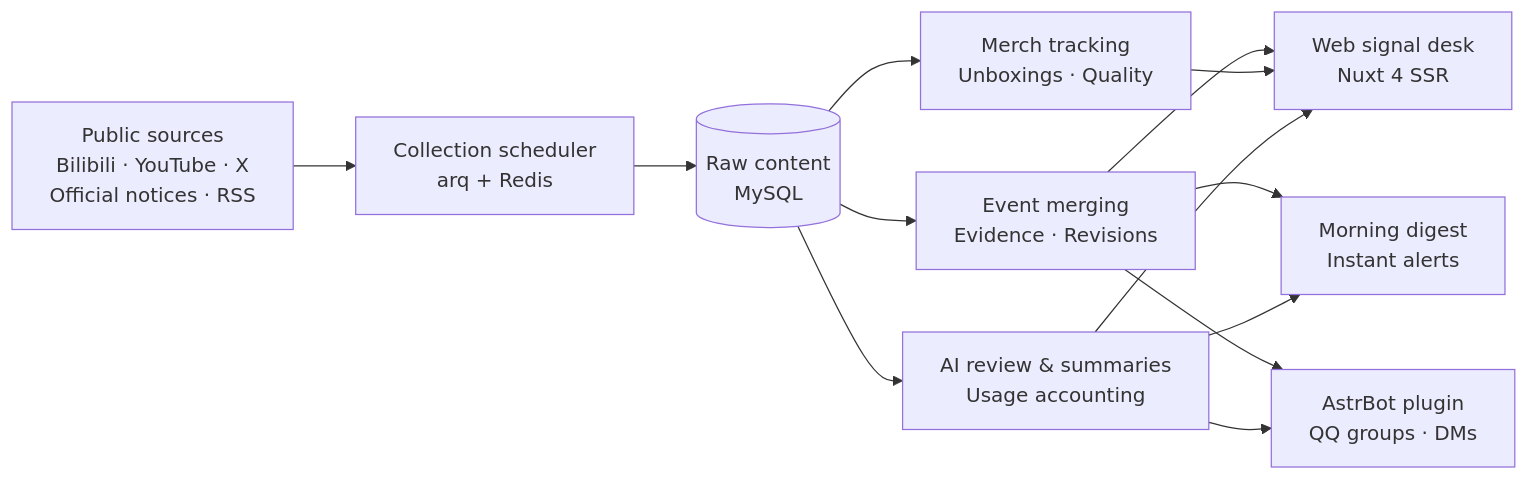
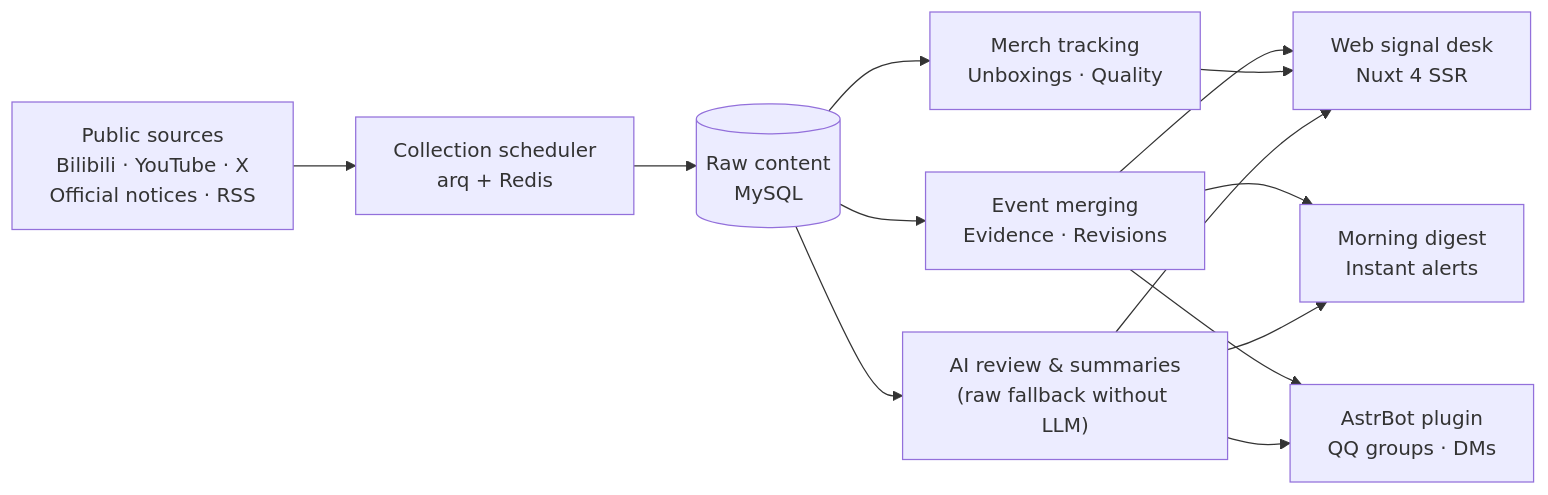
The diagram in README.en.md (tianyin231/AniSignal), drawn with Mermaid before and after one commit. The commit also changed other lines of this file and 837 other files, not shown here.

````diff
--- a/README.en.md
+++ b/README.en.md
@@ -88,15 +88,15 @@
 ```mermaid
 flowchart LR
     S["Public sources<br/>Bilibili · YouTube · X<br/>Official notices · RSS"] --> Q["Collection scheduler<br/>arq + Redis"]
     Q --> R[("Raw content<br/>MySQL")]
     R --> E["Event merging<br/>Evidence · Revisions"]
     R --> P["Merch tracking<br/>Unboxings · Quality"]
-    R --> A["AI review & summaries<br/>Usage accounting"]
+    R --> A["AI review & summaries<br/>(raw fallback without LLM)"]
     E --> W["Web signal desk<br/>Nuxt 4 SSR"]
     P --> W
     A --> W
     E --> M["Morning digest<br/>Instant alerts"]
     A --> M
     E --> B["AstrBot plugin<br/>QQ groups · DMs"]
     A --> B
 ```
````
